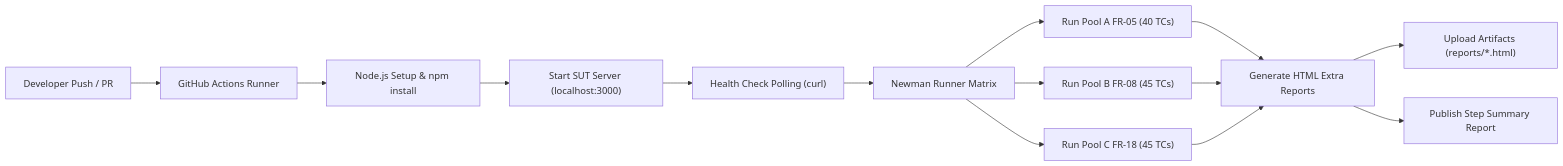
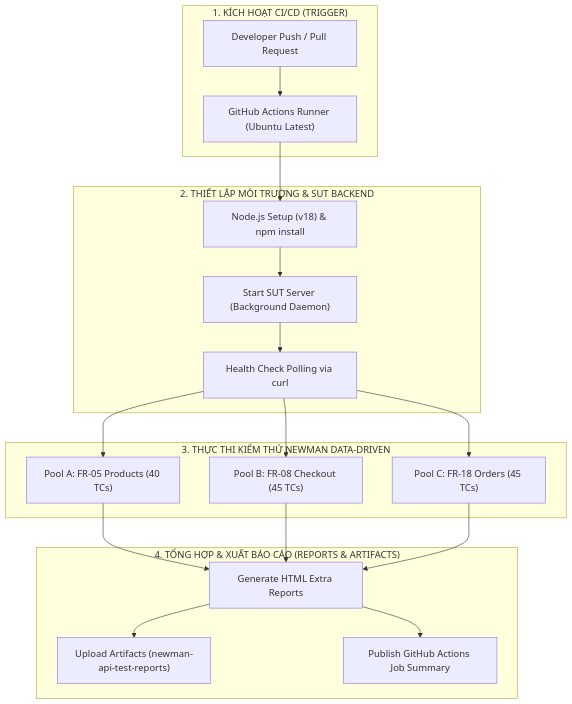
The diagram in Main_Report.md (QuangNg27/SoftwareTesting_HW06), drawn with Mermaid before and after one commit. The commit also changed other lines of this file and 2 other files, not shown here.

Commit message:
fix(docs): fix Mermaid syntax in Section 7.2 and restore Section 8 progress checklist

````diff
--- a/Main_Report.md
+++ b/Main_Report.md
@@ -432,16 +383,37 @@
 ```mermaid
-flowchart LR
-    A["Developer Push / PR"] --> B["GitHub Actions Runner"]
-    B --> C["Node.js Setup & npm install"]
-    C --> D["Start SUT Server (localhost:3000)"]
-    D --> E["Health Check Polling (curl)"]
-    E --> F["Newman Runner Matrix"]
-    F --> F1["Run Pool A FR-05 (40 TCs)"]
-    F --> F2["Run Pool B FR-08 (45 TCs)"]
-    F --> F3["Run Pool C FR-18 (45 TCs)"]
-    F1 --> G["Generate HTML Extra Reports"]
-    F2 --> G
-    F3 --> G
-    G --> H["Upload Artifacts (reports/*.html)"]
-    G --> I["Publish Step Summary Report"]
+flowchart TD
+    subgraph S1["1. KÍCH HOẠT CI/CD (TRIGGER)"]
+        A["Developer Push / Pull Request"]
+        B["GitHub Actions Runner (Ubuntu Latest)"]
+        A --> B
+    end
+
+    subgraph S2["2. THIẾT LẬP MÔI TRƯỜNG & SUT BACKEND"]
+        C["Node.js Setup (v18) & npm install"]
+        D["Start SUT Server (Background Daemon)"]
+        E["Health Check Polling via curl"]
+        B --> C
+        C --> D
+        D --> E
+    end
+
+    subgraph S3["3. THỰC THI KIỂM THỬ NEWMAN DATA-DRIVEN"]
+        F1["Pool A: FR-05 Products (40 TCs)"]
+        F2["Pool B: FR-08 Checkout (45 TCs)"]
+        F3["Pool C: FR-18 Orders (45 TCs)"]
+        E --> F1
+        E --> F2
+        E --> F3
+    end
+
+    subgraph S4["4. TỔNG HỢP & XUẤT BÁO CÁO (REPORTS & ARTIFACTS)"]
+        G["Generate HTML Extra Reports"]
+        H["Upload Artifacts (newman-api-test-reports)"]
+        I["Publish GitHub Actions Job Summary"]
+        F1 --> G
+        F2 --> G
+        F3 --> G
+        G --> H
+        G --> I
+    end
 ```
````
